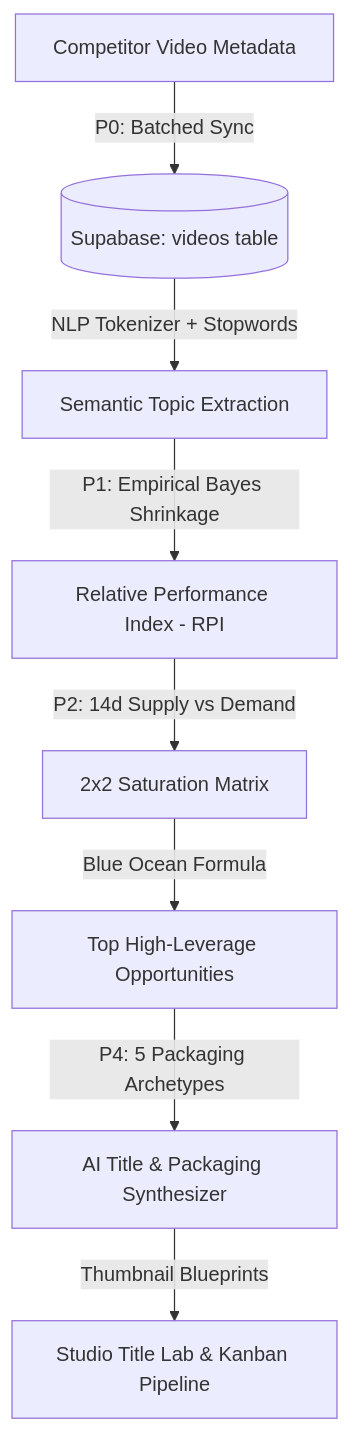
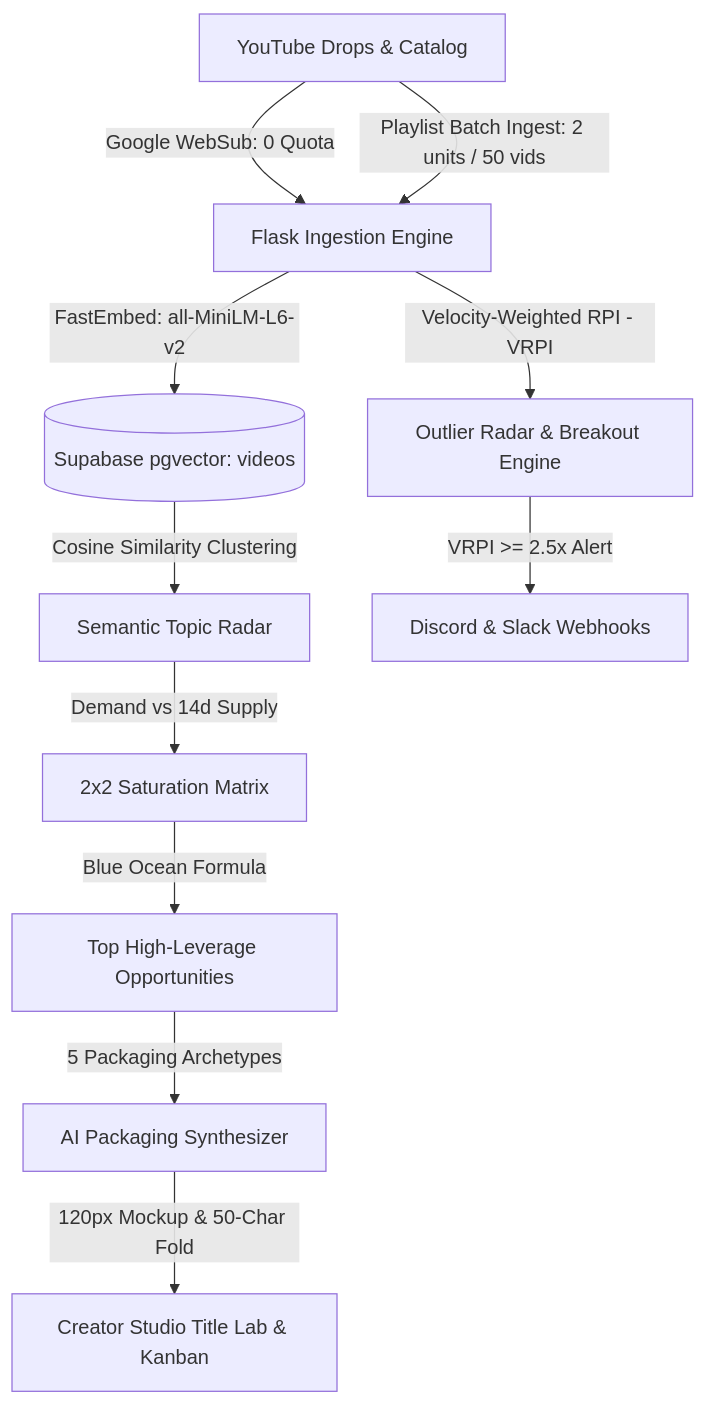
The diagram in README.md (khuzaima175/Youtube-Data-Manager), drawn with Mermaid before and after one commit. The commit also changed other lines of this file, not shown here.

Commit message:
docs: Update README with VRPI math, Mobile Simulator, pgvector, WebSub, Webhooks, and Reactive Store

````diff
--- a/README.md
+++ b/README.md
@@ -9,10 +9,13 @@
 ```mermaid
 graph TD
-    A[Competitor Video Metadata] -->|P0: Batched Sync| B[(Supabase: videos table)]
-    B -->|NLP Tokenizer + Stopwords| C[Semantic Topic Extraction]
-    C -->|P1: Empirical Bayes Shrinkage| D[Relative Performance Index - RPI]
-    D -->|P2: 14d Supply vs Demand| E[2x2 Saturation Matrix]
-    E -->|Blue Ocean Formula| F[Top High-Leverage Opportunities]
-    F -->|P4: 5 Packaging Archetypes| G[AI Title & Packaging Synthesizer]
-    G -->|Thumbnail Blueprints| H[Studio Title Lab & Kanban Pipeline]
+    A[YouTube Drops & Catalog] -->|Google WebSub: 0 Quota| B[Flask Ingestion Engine]
+    A -->|Playlist Batch Ingest: 2 units / 50 vids| B
+    B -->|FastEmbed: all-MiniLM-L6-v2| C[(Supabase pgvector: videos)]
+    C -->|Cosine Similarity Clustering| D[Semantic Topic Radar]
+    B -->|Velocity-Weighted RPI - VRPI| E[Outlier Radar & Breakout Engine]
+    E -->|VRPI >= 2.5x Alert| F[Discord & Slack Webhooks]
+    D -->|Demand vs 14d Supply| G[2x2 Saturation Matrix]
+    G -->|Blue Ocean Formula| H[Top High-Leverage Opportunities]
+    H -->|5 Packaging Archetypes| I[AI Packaging Synthesizer]
+    I -->|120px Mockup & 50-Char Fold| J[Creator Studio Title Lab & Kanban]
 ```
````
